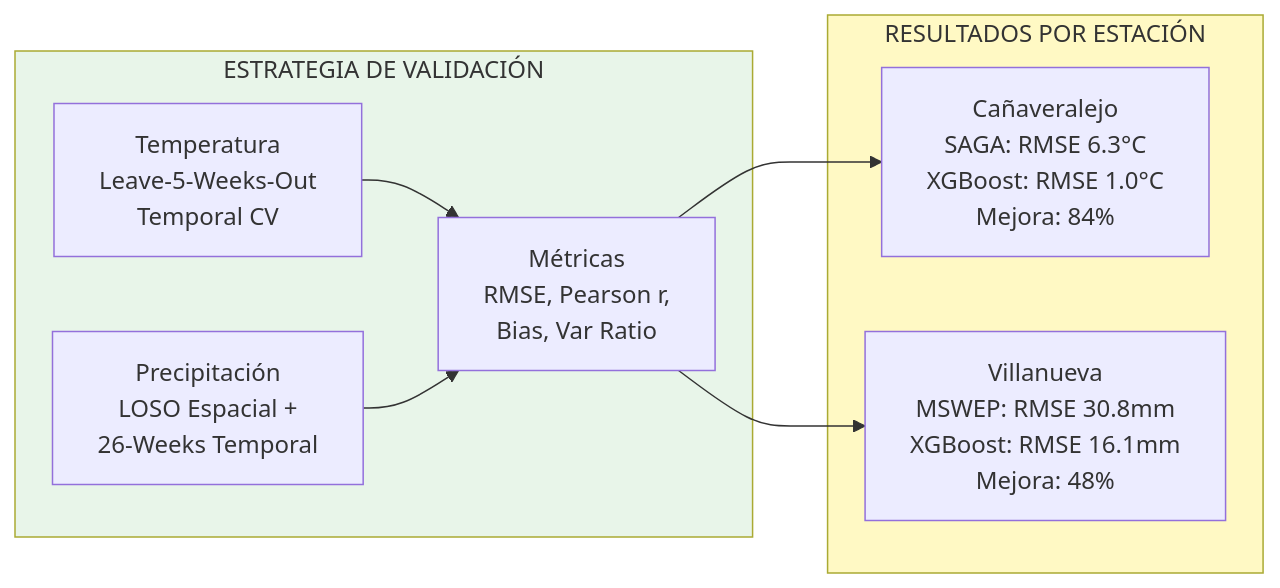
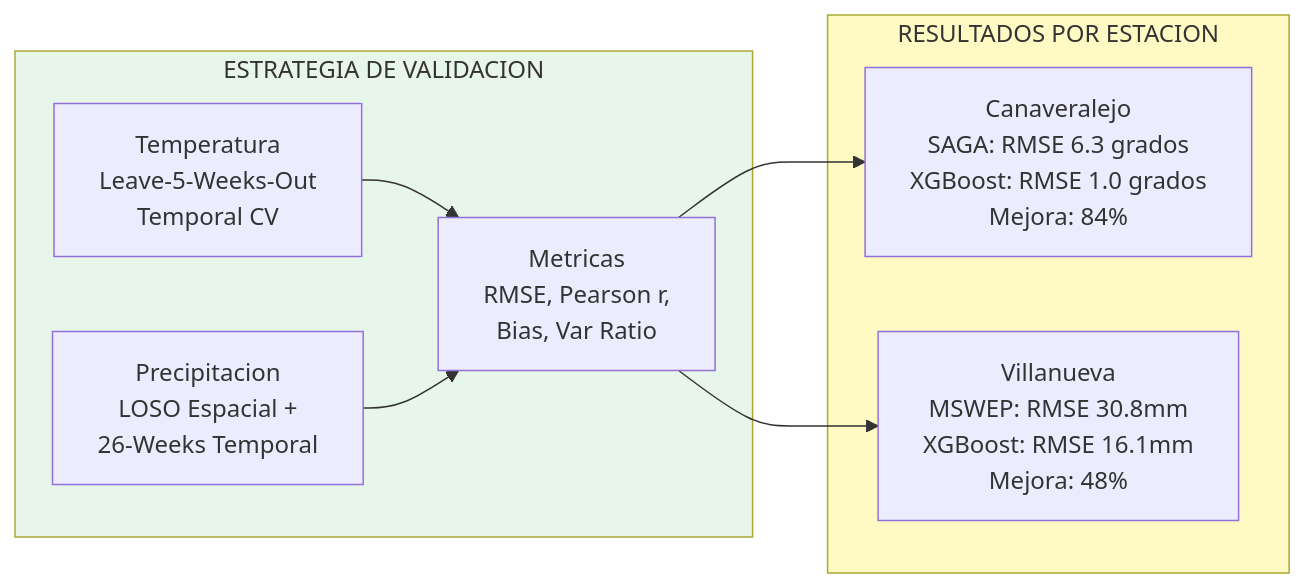
One commit to JuanJoseLL/Downscaling changed the fifth of 5 diagrams in SYSTEM_FLOW_DIAGRAM.md. Above: the diagram before and after it, drawn with Mermaid. The commit also changed other lines of this file, not shown here.

First line of the commit message:
Fix Mermaid diagram rendering issues

````diff
--- a/SYSTEM_FLOW_DIAGRAM.md
+++ b/SYSTEM_FLOW_DIAGRAM.md
@@ -256,20 +256,21 @@
 ```mermaid
 graph LR
-    subgraph Validación["ESTRATEGIA DE VALIDACIÓN"]
-        V1[Temperatura<br/>Leave-5-Weeks-Out<br/>Temporal CV]
-        V2[Precipitación<br/>LOSO Espacial +<br/>26-Weeks Temporal]
+    subgraph Validacion["ESTRATEGIA DE VALIDACION"]
+        V1["Temperatura<br/>Leave-5-Weeks-Out<br/>Temporal CV"]
+        V2["Precipitacion<br/>LOSO Espacial +<br/>26-Weeks Temporal"]
 
-        V1 --> M1[Métricas<br/>RMSE, Pearson r,<br/>Bias, Var Ratio]
+        V1 --> M1["Metricas<br/>RMSE, Pearson r,<br/>Bias, Var Ratio"]
         V2 --> M1
     end
 
-    subgraph Resultados["RESULTADOS POR ESTACIÓN"]
-        R1[Cañaveralejo<br/>SAGA: RMSE 6.3°C<br/>XGBoost: RMSE 1.0°C<br/>Mejora: 84%]
-        R2[Villanueva<br/>MSWEP: RMSE 30.8mm<br/>XGBoost: RMSE 16.1mm<br/>Mejora: 48%]
+    subgraph Resultados["RESULTADOS POR ESTACION"]
+        R1["Canaveralejo<br/>SAGA: RMSE 6.3 grados<br/>XGBoost: RMSE 1.0 grados<br/>Mejora: 84%"]
+        R2["Villanueva<br/>MSWEP: RMSE 30.8mm<br/>XGBoost: RMSE 16.1mm<br/>Mejora: 48%"]
     end
 
-    M1 --> R1 & R2
+    M1 --> R1
+    M1 --> R2
 
-    style Validación fill:#e8f5e9
+    style Validacion fill:#e8f5e9
     style Resultados fill:#fff9c4
 ```
````
